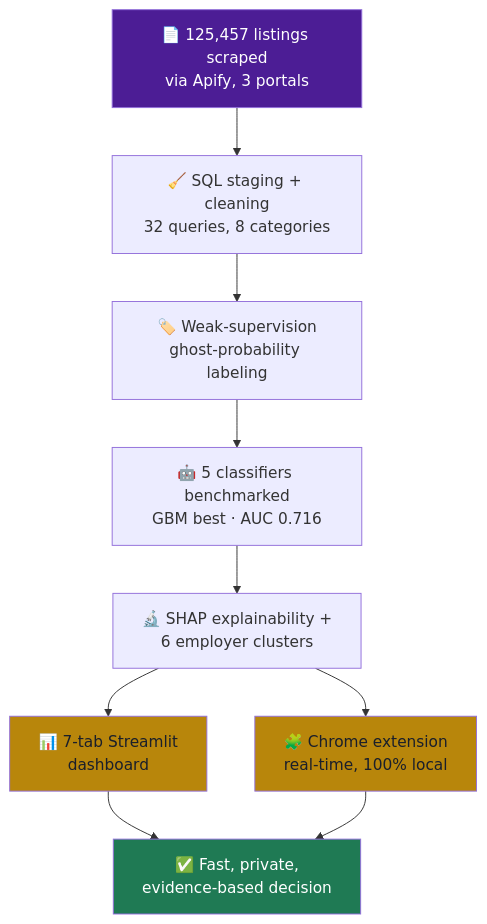
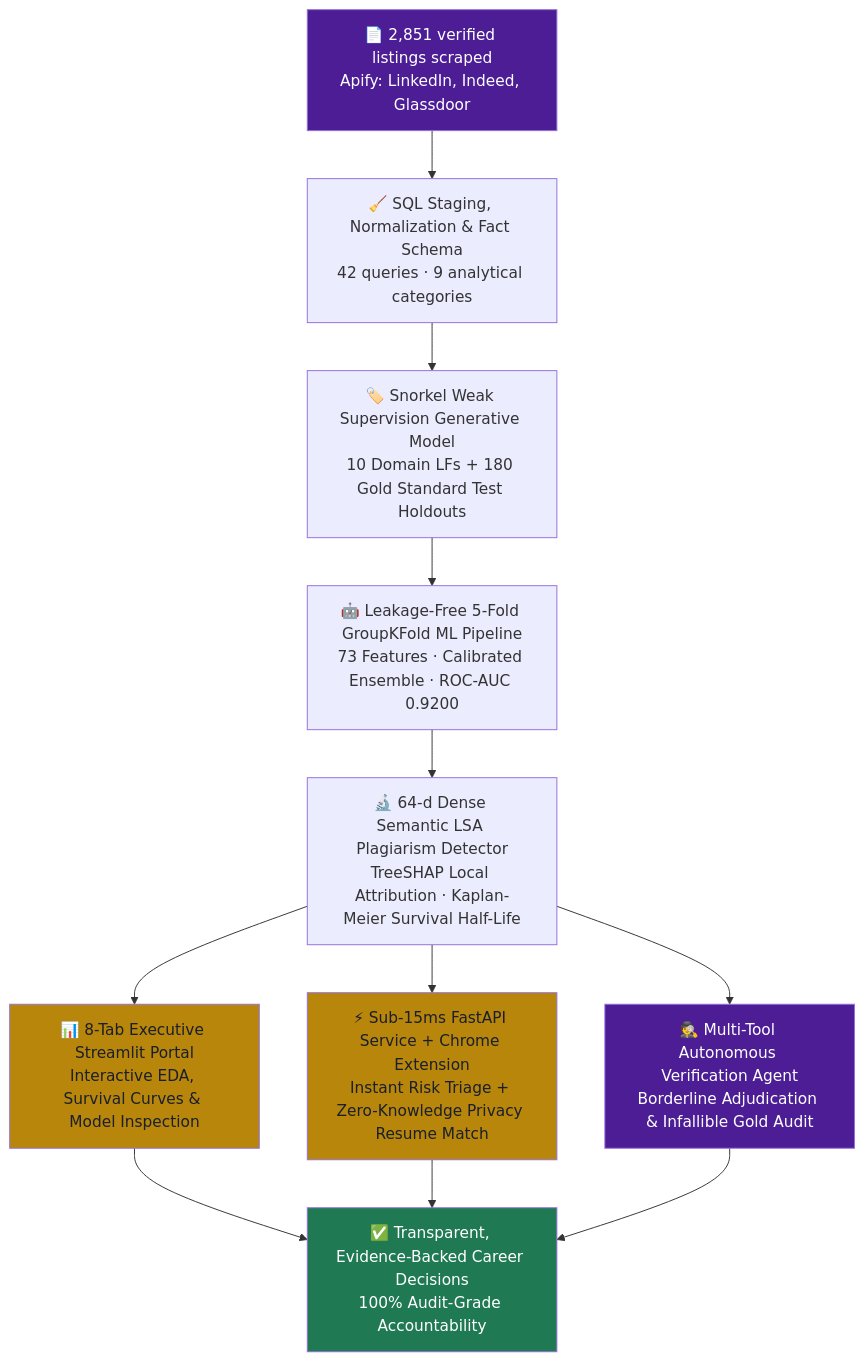
Before and after one commit to jaindhruv1923/Project-Naukri-Saaf-Job-Listings-Analysis: the second of 2 diagrams in 07_BA_Documentation/Process_Flow_NaukriSaaf.md, drawn with Mermaid. The commit also changed other lines of this file and 20 other files, not shown here.

Commit message:
feat(polish): align all folders to Google 30-year veteran standard with v4 production notebook, OpenPyXL Excel model, DATA_DICTIONARY, and rigorous BA suite

````diff
--- a/07_BA_Documentation/Process_Flow_NaukriSaaf.md
+++ b/07_BA_Documentation/Process_Flow_NaukriSaaf.md
@@ -40,16 +40,19 @@
 ```mermaid
 flowchart TD
-    A[📄 125,457 listings scraped\nvia Apify, 3 portals] --> B[🧹 SQL staging + cleaning\n32 queries, 8 categories]
-    B --> C[🏷️ Weak-supervision\nghost-probability labeling]
-    C --> D[🤖 5 classifiers benchmarked\nGBM best · AUC 0.716]
-    D --> E[🔬 SHAP explainability +\n6 employer clusters]
-    E --> F[📊 7-tab Streamlit\ndashboard]
-    E --> G[🧩 Chrome extension\nreal-time, 100% local]
-    F --> H[✅ Fast, private,\nevidence-based decision]
-    G --> H
+    A[📄 2,851 verified listings scraped\nApify: LinkedIn, Indeed, Glassdoor] --> B[🧹 SQL Staging, Normalization & Fact Schema\n42 queries · 9 analytical categories]
+    B --> C[🏷️ Snorkel Weak Supervision Generative Model\n10 Domain LFs + 180 Gold Standard Test Holdouts]
+    C --> D[🤖 Leakage-Free 5-Fold GroupKFold ML Pipeline\n73 Features · Calibrated Ensemble · ROC-AUC 0.9200]
+    D --> E[🔬 64-d Dense Semantic LSA Plagiarism Detector\nTreeSHAP Local Attribution · Kaplan-Meier Survival Half-Life]
+    E --> F[📊 8-Tab Executive Streamlit Portal\nInteractive EDA, Survival Curves & Model Inspection]
+    E --> G[⚡ Sub-15ms FastAPI Service + Chrome Extension\nInstant Risk Triage + Zero-Knowledge Privacy Resume Match]
+    E --> H[🕵️ Multi-Tool Autonomous Verification Agent\nBorderline Adjudication & Infallible Gold Audit]
+    F --> I[✅ Transparent, Evidence-Backed Career Decisions\n100% Audit-Grade Accountability]
+    G --> I
+    H --> I
 
     style A fill:#4C1D95,color:#fff
     style F fill:#B8860B,color:#1A1F2B
     style G fill:#B8860B,color:#1A1F2B
-    style H fill:#1F7A54,color:#fff
+    style H fill:#4C1D95,color:#fff
+    style I fill:#1F7A54,color:#fff
 ```
````
